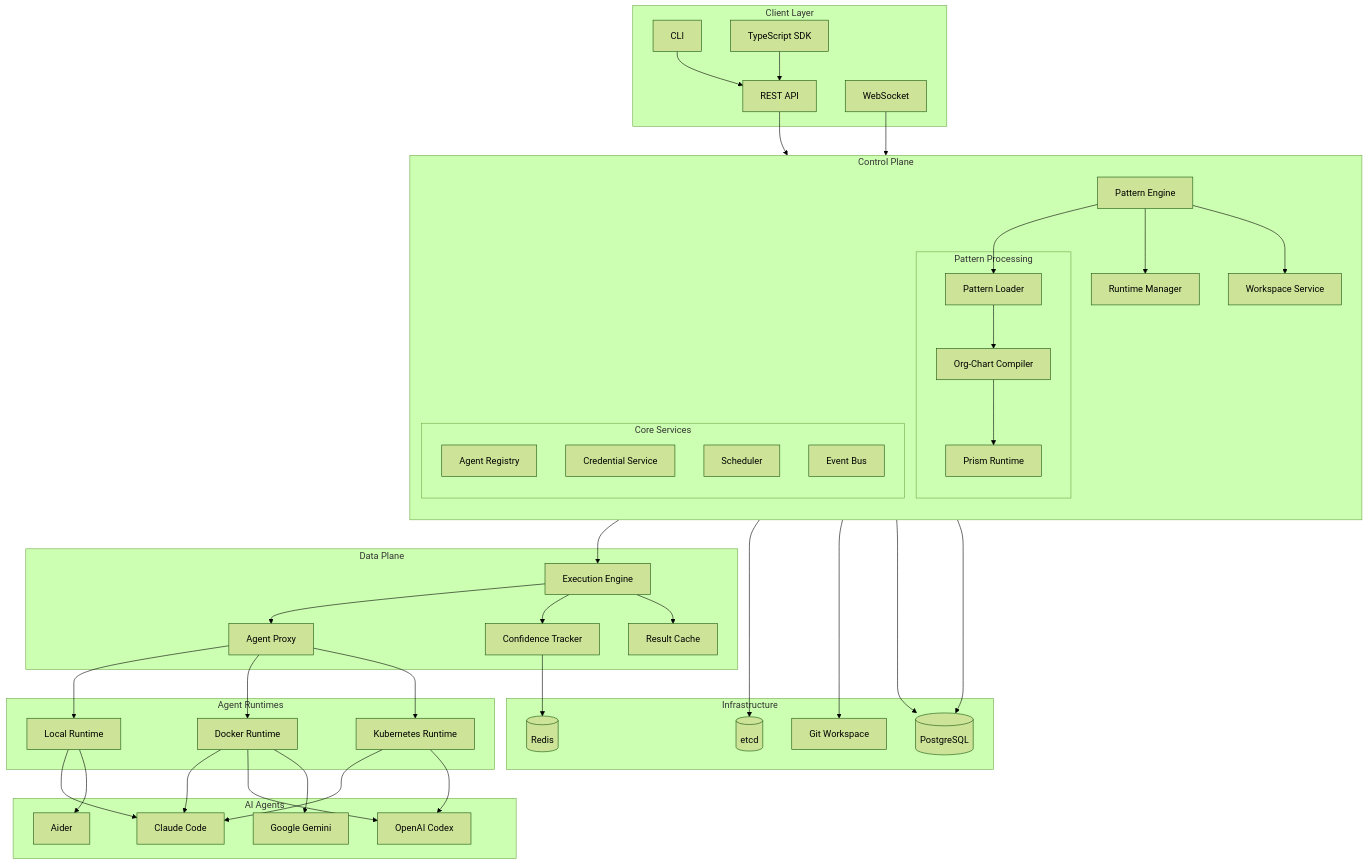
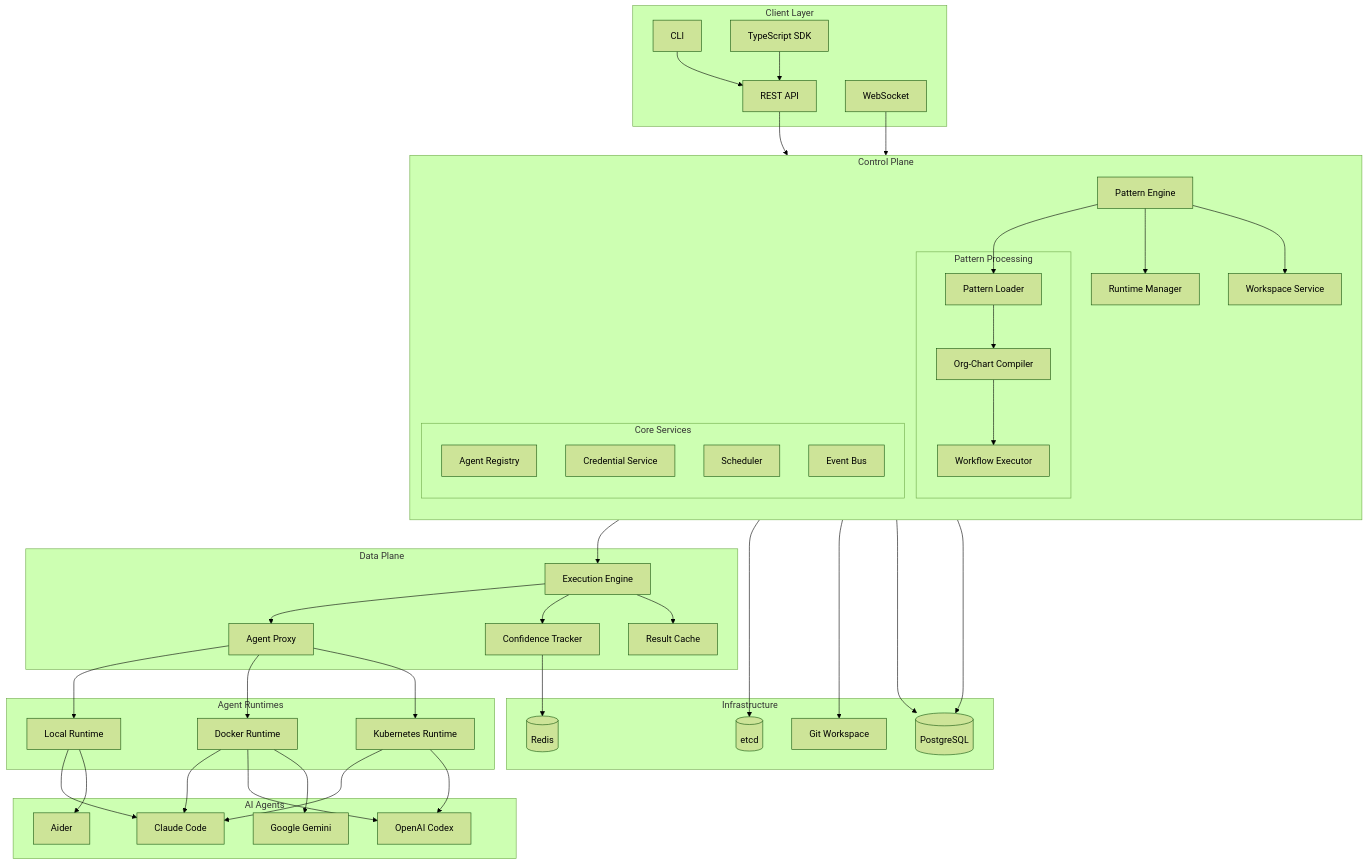
Before and after one commit to HaruHunab1320/parallax: the first of 4 diagrams in apps/docs/docs/architecture/overview.md, drawn with Mermaid (forest theme). The commit also changed other lines of this file and 33 other files, not shown here.

First line of the commit message:
docs: bring README, docs/, and docs site current with the architecture

```diff
--- a/apps/docs/docs/architecture/overview.md
+++ b/apps/docs/docs/architecture/overview.md
@@ -28,7 +28,7 @@
         subgraph PatternFlow["Pattern Processing"]
             PL[Pattern Loader]
             OCC[Org-Chart Compiler]
-            PRISM[Prism Runtime]
+            WFE[Workflow Executor]
         end
 
         subgraph Services["Core Services"]
@@ -75,7 +75,7 @@
     PE --> RM
     PE --> WS_SVC
     PL --> OCC
-    OCC --> PRISM
+    OCC --> WFE
 
     PE --> EE
     EE --> AP
```
